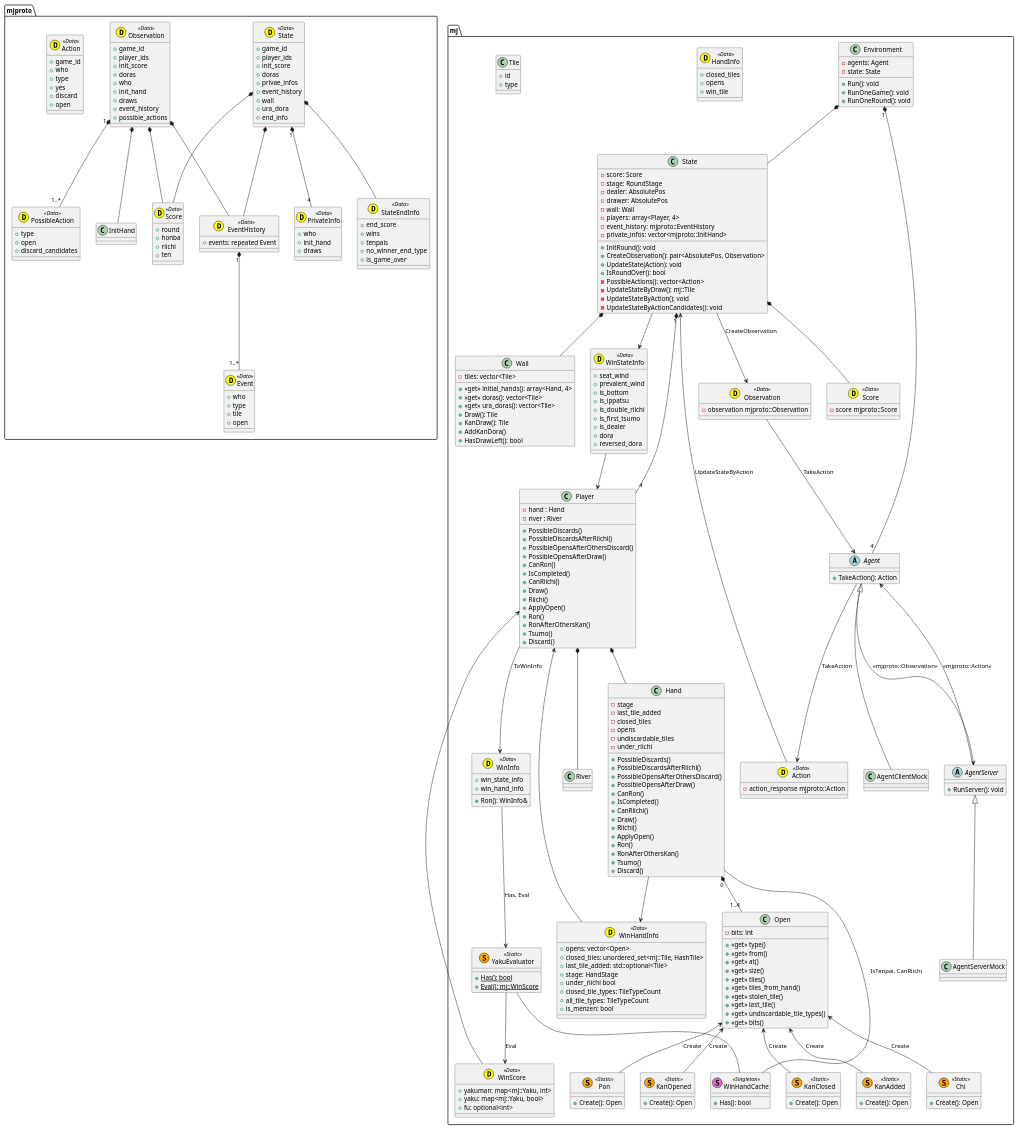
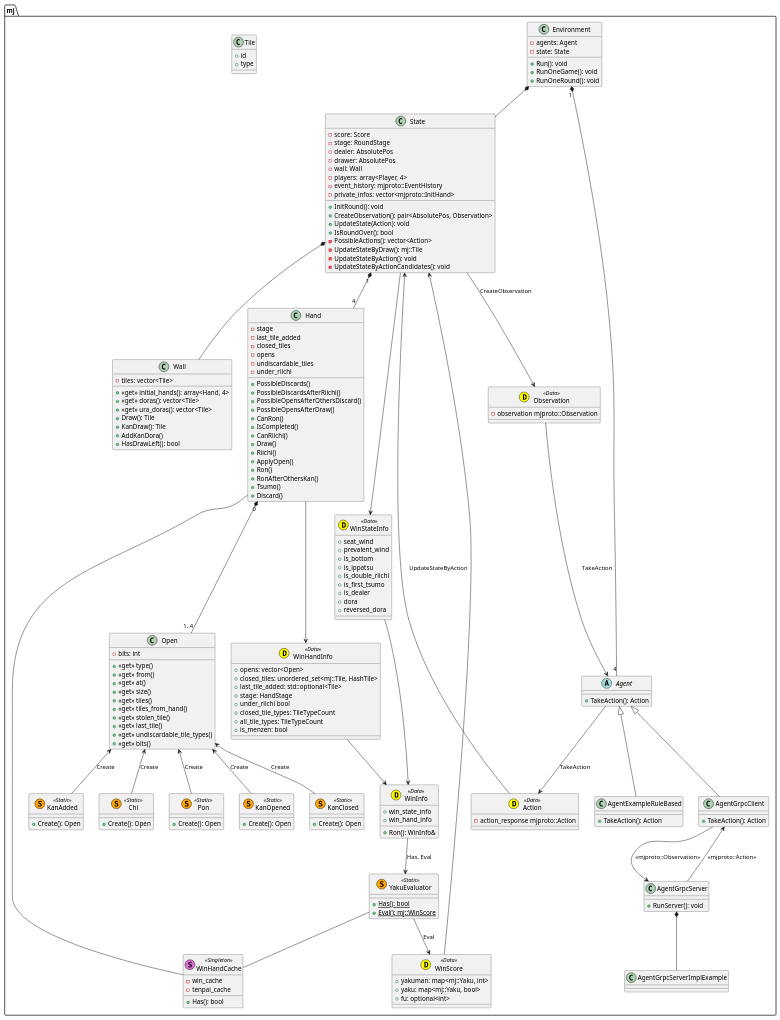
The diagram in plantuml/diagram.pu (mjx-project/mjx), drawn with PlantUML before and after one commit.

```diff
--- a/plantuml/diagram.pu
+++ b/plantuml/diagram.pu
@@ -1,90 +1,8 @@
 @startuml
 
+top to bottom direction
+
 set namespaceSeparator ::
-
-class mjproto::Score <<(D,yellow) Data>> {
-  + round
-  + honba 
-  + riichi 
-  + ten 
-}
-
-class mjproto::Event <<(D,yellow) Data>> {
-  + who
-  + type 
-  + tile
-  + open
-}
-
-class mjproto::EventHistory <<(D,yellow) Data>> {
-  + events: repeated Event
-}
-
-class mjproto::PrivateInfo <<(D,yellow) Data>> {
-  + who
-  + init_hand
-  + draws
-}
-
-class mjproto::PossibleAction <<(D,yellow) Data>> {
-  + type
-  + open 
-  + discard_candidates
-}
-
-class mjproto::State <<(D,yellow) Data>> {
-  + game_id
-  + player_ids
-  + init_score
-  + doras
-  + privae_infos
-  + event_history
-  + wall
-  + ura_dora
-  + end_info
-} 
-
-class mjproto::StateEndInfo <<(D,yellow) Data>> {
-  + end_score
-  + wins
-  + tenpais 
-  + no_winner_end_type
-  + is_game_over
-}
-
-class mjproto::Observation <<(D,yellow) Data>> {
-  + game_id
-  + player_ids
-  + init_score
-  + doras
-  + who
-  + init_hand
-  + draws
-  + event_history
-  + possible_actions
-}
-
-class mjproto::Action <<(D,yellow) Data>> { 
-  + game_id 
-  + who
-  + type
-  + yes
-  + discard
-  + open
-}
-
-mjproto::Observation *-- mjproto::Score
-mjproto::Observation *-- mjproto::EventHistory
-mjproto::Observation *-- mjproto::InitHand
-mjproto::Observation "1" *-- "1..*" mjproto::PossibleAction
-
-mjproto::State *-- mjproto::Score
-mjproto::State *-- mjproto::EventHistory
-mjproto::State "1" *-- "4" mjproto::PrivateInfo
-mjproto::State *-- mjproto::StateEndInfo
-
-mjproto::EventHistory "1" *-- "1..*" mjproto::Event
-
 
 class mj::Environment {
     - agents: Agent
@@ -100,6 +18,8 @@
 }
 
 class mj::WinHandCache <<(S,orchid) Singleton>> {
+    - win_cache
+    - tenpai_cache
     + Has(): bool
 }
 
@@ -138,12 +58,6 @@
     + is_menzen: bool
 }
 
-class mj::HandInfo <<(D,yellow) Data>> {
-    + closed_tiles
-    + opens
-    + win_tile
-}
-
 class mj::State {
     - score: Score
     - stage: RoundStage
@@ -163,25 +77,6 @@
     - UpdateStateByActionCandidates(): void
 }
 
-class mj::Player {
-    - hand : Hand
-    - river : River
-    + PossibleDiscards()
-    + PossibleDiscardsAfterRiichi()
-    + PossibleOpensAfterOthersDiscard()
-    + PossibleOpensAfterDraw()
-    + CanRon()
-    + IsCompleted()
-    + CanRiichi()
-    + Draw()
-    + Riichi()
-    + ApplyOpen()
-    + Ron()
-    + RonAfterOthersKan()
-    + Tsumo()
-    + Discard()
-}
-
 class mj::Observation <<(D,yellow) Data>> {
     - observation mjproto::Observation
 }
@@ -190,20 +85,20 @@
     + TakeAction(): Action
 }
 
-class mj::AgentClientMock {
-
+class mj::AgentExampleRuleBased {
+    + TakeAction(): Action
 }
 
-abstract class mj::AgentServer {
+class mj::AgentGrpcClient {
+    + TakeAction(): Action
+}
+
+class mj::AgentGrpcServer {
     + RunServer(): void
 }
 
-class mj::AgentServerMock{
+class mj::AgentGrpcServerImplExample{
 
-}
-
-class mj::Score <<(D,yellow) Data>> {
-    - score mjproto::Score
 }
 
 class mj::Wall {
@@ -216,10 +111,6 @@
     + AddKanDora()
     + HasDrawLeft(): bool
 }
-
-class mj::River {
-
-} 
 
 class mj::Action <<(D,yellow) Data>> {
     - action_response mjproto::Action
@@ -293,25 +184,16 @@
 mj::Environment *-- mj::State 
 
 mj::State <-- mj::Action : UpdateStateByAction
-mj::State *-- mj::Score 
 mj::State *-- mj::Wall
-mj::State "1" *-- "4" mj::Player
+mj::State "1" *-- "4" mj::Hand
 mj::State --> mj::Observation : CreateObservation
 mj::State --> mj::WinStateInfo
 
-mj::WinStateInfo --> mj::Player
-
 mj::Observation --> mj::Agent : TakeAction
 
-mj::Player *-- mj::Hand
-mj::Player *-- mj::River 
-mj::Player --> mj::WinInfo : ToWinInfo
-
 mj::Hand "0" *-- "1..4" mj::Open
-mj::Hand -- mj::WinHandCache : IsTenpai, CanRiichi
+mj::Hand -- mj::WinHandCache 
 mj::Hand --> mj::WinHandInfo
-
-mj::WinHandInfo --> mj::Player
 
 mj::Open <-- mj::Chi : Create
 mj::Open <-- mj::Pon : Create
@@ -319,19 +201,21 @@
 mj::Open <-- mj::KanOpened : Create
 mj::Open <-- mj::KanAdded : Create
 
+mj::WinHandInfo --> mj::WinInfo
+mj::WinStateInfo --> mj::WinInfo
 mj::WinInfo --> mj::YakuEvaluator : Has, Eval
+mj::WinScore --> mj::State
 
 mj::YakuEvaluator -- mj::WinHandCache
 mj::YakuEvaluator --> mj::WinScore : Eval
 
-mj::WinScore --> mj::Player
+mj::Agent --> mj::Action : TakeAction
+mj::Agent <|-- mj::AgentExampleRuleBased
+mj::Agent <|-- mj::AgentGrpcClient
+mj::AgentGrpcClient --> mj::AgentGrpcServer : <<mjproto::Observation>>
 
-mj::Agent --> mj::AgentServer : <<mjproto::Observation>>
-mj::Agent --> mj::Action : TakeAction
-mj::Agent <|-- mj::AgentClientMock
-
-mj::AgentServer --> mj::Agent : <<mjproto::Action>>
-mj::AgentServer <|-- mj::AgentServerMock
+mj::AgentGrpcServer --> mj::AgentGrpcClient : <<mjproto::Action>>
+mj::AgentGrpcServer *-- mj::AgentGrpcServerImplExample
 
 
 @enduml
```
